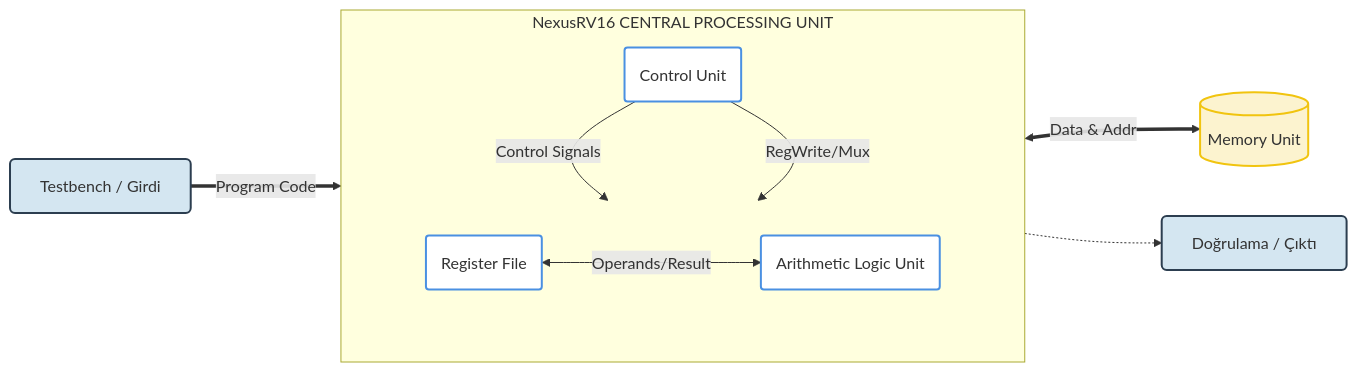
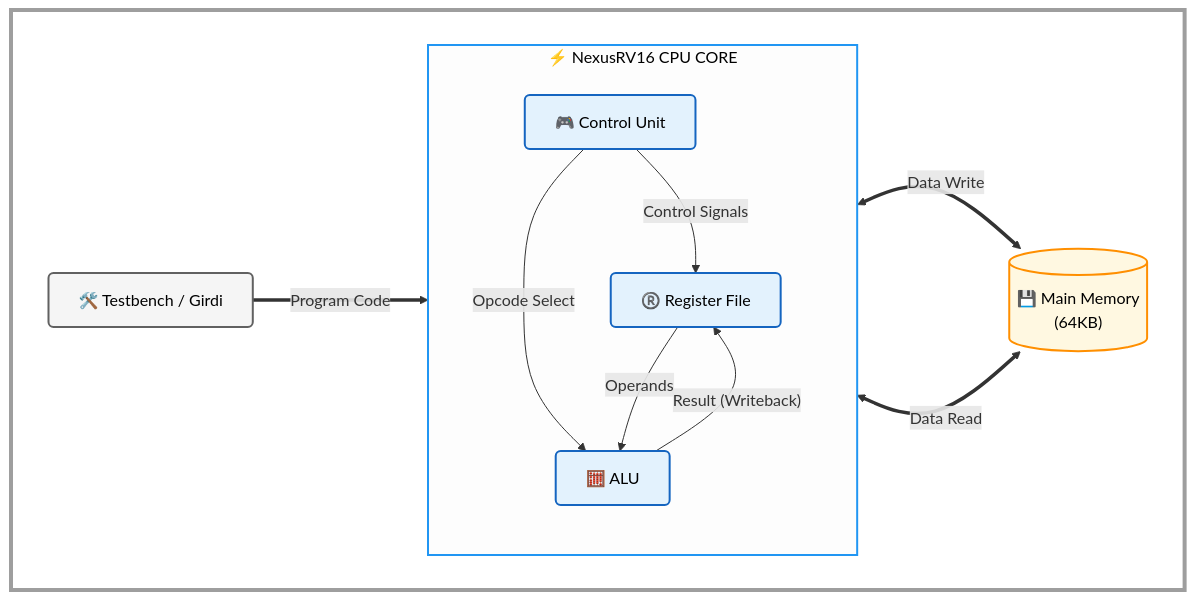
The diagram in README.md (musakartalengin/NexusRV16), drawn with Mermaid before and after one commit.

Commit message:
Fix dark mode issue with White Canvas style diagram

````diff
--- a/README.md
+++ b/README.md
@@ -15,54 +15,64 @@
 ```mermaid
 graph LR
-    %% Çizgi Stilleri: Orthogonal (Dik Açılı) çizgiler daha düzenli durur
-    linkStyle default interpolate basis
+    %% =========================================================
+    %% BEYAZ TUVAL AYARI (Arka plan sorununu çözer)
+    %% =========================================================
+    subgraph CANVAS [ ]
+        direction LR
+
+        %% 🎨 RENK PALETİ (Profesyonel Mavi/Gri Tonlar)
+        classDef canvas fill:#ffffff,stroke:#333333,stroke-width:2px,color:#000000;
+        classDef block fill:#e3f2fd,stroke:#1565c0,stroke-width:2px,color:#000000,rx:5,ry:5;
+        classDef memory fill:#fff8e1,stroke:#ff8f00,stroke-width:2px,color:#000000,rx:0,ry:0;
+        classDef external fill:#f5f5f5,stroke:#616161,stroke-width:2px,color:#000000,rx:5,ry:5;
+        
+        %% =====================================================
+        %% BİLEŞENLER
+        %% =====================================================
+        
+        %% 1. GİRİŞ BİRİMİ
+        TB["🛠️ Testbench / Girdi"]:::external
+
+        %% 2. CPU KUTUSU
+        subgraph CPU_FRAME [⚡ NexusRV16 CPU CORE]
+            direction TB
+            
+            CTRL["🎮 Control Unit"]:::block
+            REGS["®️ Register File"]:::block
+            ALU["🧮 ALU"]:::block
+            
+            %% Hiyerarşik Düzen (Yukarıdan Aşağıya)
+            CTRL
+            REGS
+            ALU
+        end
+
+        %% 3. BELLEK BİRİMİ
+        RAM[("💾 Main Memory<br>(64KB)")]:::memory
+
+        %% =====================================================
+        %% BAĞLANTILAR (Hizalamayı bozmadan)
+        %% =====================================================
+        
+        %% Testbench -> CPU (Program Code)
+        TB == "Program Code" ==> CTRL
+
+        %% CPU İçi Sinyal Akışı (Temiz Hatlar)
+        CTRL -- "Control Signals" --> REGS
+        CTRL -- "Opcode Select" --> ALU
+        
+        %% Veri Akışı (Data Path)
+        REGS -- "Operands" --> ALU
+        ALU -- "Result (Writeback)" --> REGS
+
+        %% CPU <-> RAM Etkileşimi
+        REGS <== "Data Write" ==> RAM
+        RAM <== "Data Read" ==> REGS
+
+    end
     
-    %% 🎨 STİL TANIMLARI (Klasik Doküman Tarzı - Mavi/Gri/Beyaz)
-    classDef container fill:#e8f4f9,stroke:#4a90e2,stroke-width:3px,rx:5,ry:5,color:#333333;
-    classDef internal fill:#ffffff,stroke:#4a90e2,stroke-width:2px,rx:3,ry:3,color:#333333;
-    classDef external fill:#d4e6f1,stroke:#2c3e50,stroke-width:2px,rx:5,ry:5,color:#333333;
-    classDef memory   fill:#fcf3cf,stroke:#f1c40f,stroke-width:2px,rx:0,ry:0,color:#333333;
-
-    %% ---------------------------------------------------------
-    %% SOL: GİRİŞ (TESTBENCH)
-    %% ---------------------------------------------------------
-    TB[Testbench / Girdi]:::external
-
-    %% ---------------------------------------------------------
-    %% ORTA: CPU KUTUSU (Klasik Yapı)
-    %% ---------------------------------------------------------
-    subgraph CPU_BOX [NexusRV16 CENTRAL PROCESSING UNIT]
-        direction TB
-        
-        %% En Üstte Kontrol Birimi
-        CTRL(Control Unit):::internal
-        
-        %% Ortada İşlem Birimleri
-        subgraph PATH [ ]
-            direction LR
-            ALU(Arithmetic Logic Unit):::internal
-            REGS(Register File):::internal
-        end
-        style PATH fill:none,stroke:none
-
-        %% Bağlantılar (CPU İçi)
-        CTRL -- Control Signals --> ALU
-        CTRL -- RegWrite/Mux --> REGS
-        REGS <-- Operands/Result --> ALU
-    end
-    class CPU_BOX container
-
-    %% ---------------------------------------------------------
-    %% SAĞ: BELLEK VE ÇIKIŞ
-    %% ---------------------------------------------------------
-    RAM[(Memory Unit)]:::memory
-    OUT[Doğrulama / Çıktı]:::external
-
-    %% ---------------------------------------------------------
-    %% ANA BAĞLANTILAR
-    %% ---------------------------------------------------------
-    TB == Program Code ==> CPU_BOX
-    CPU_BOX <== Data & Addr ==> RAM
-    CPU_BOX -.-> OUT
+    %% TUVAL STİLİ (Beyaz Arka Plan Uygulaması)
+    style CANVAS fill:#ffffff,stroke:#9e9e9e,stroke-width:4px
+    style CPU_FRAME fill:#fdfdfd,stroke:#2196f3,stroke-width:2px,color:#000000
 
 ```
````
